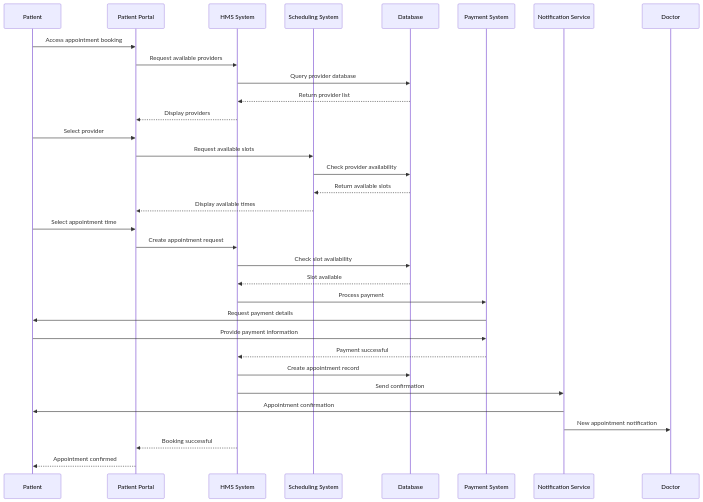
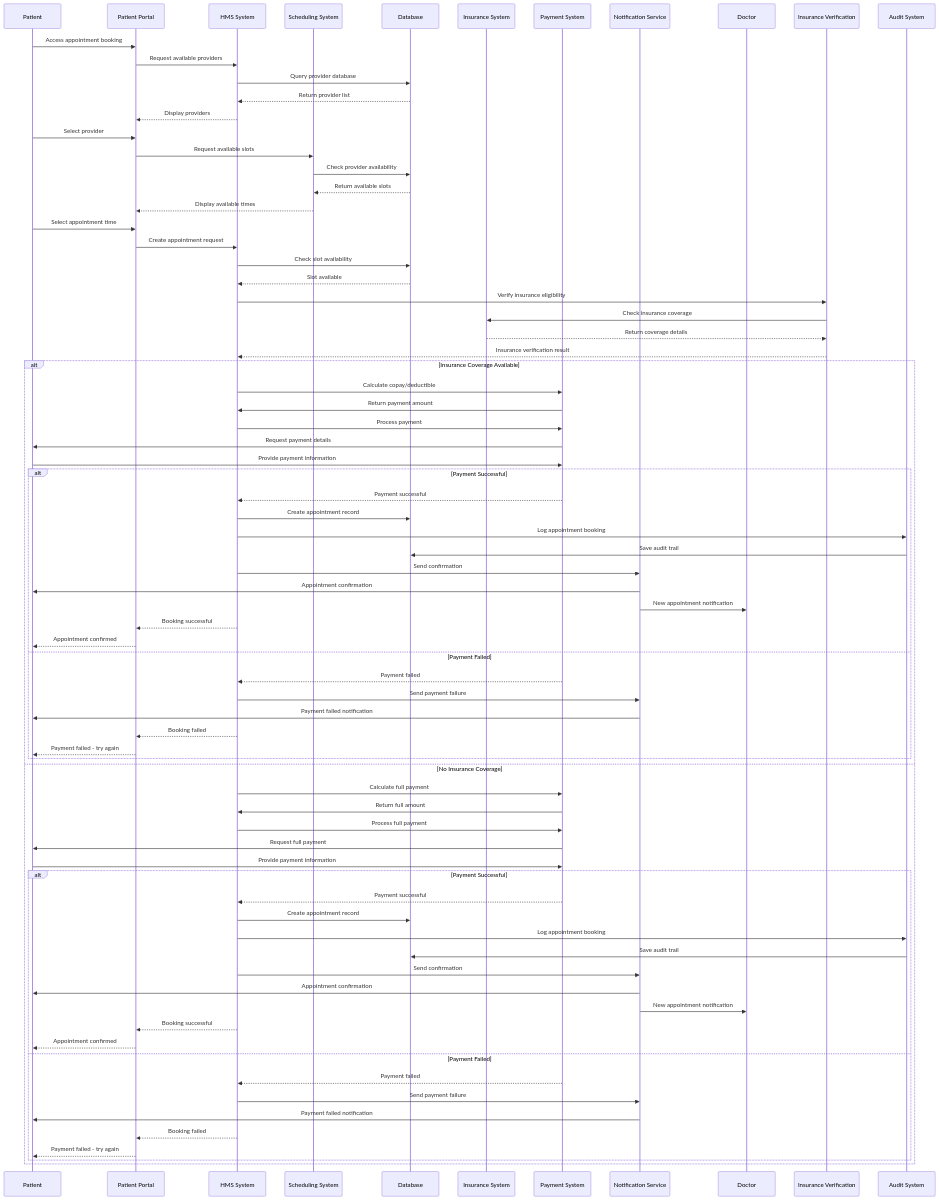
Before and after one commit to harcop/limises: the first of 11 diagrams in sequence-diagrams/appointment-scheduling-sequence.md, drawn with Mermaid. The commit also changed other lines of this file and 16 other files, not shown here.

````diff
--- a/sequence-diagrams/appointment-scheduling-sequence.md
+++ b/sequence-diagrams/appointment-scheduling-sequence.md
@@ -5,36 +5,80 @@
 ```mermaid
 sequenceDiagram
     participant P as Patient
     participant PORTAL as Patient Portal
     participant HMS as HMS System
     participant SCHED as Scheduling System
     participant DB as Database
+    participant INS as Insurance System
     participant PAY as Payment System
     participant NOT as Notification Service
     participant DR as Doctor
+    participant VERIFY as Insurance Verification
+    participant AUDIT as Audit System
 
     P->>PORTAL: Access appointment booking
     PORTAL->>HMS: Request available providers
     HMS->>DB: Query provider database
     DB-->>HMS: Return provider list
     HMS-->>PORTAL: Display providers
     P->>PORTAL: Select provider
     PORTAL->>SCHED: Request available slots
     SCHED->>DB: Check provider availability
     DB-->>SCHED: Return available slots
     SCHED-->>PORTAL: Display available times
     P->>PORTAL: Select appointment time
     PORTAL->>HMS: Create appointment request
     HMS->>DB: Check slot availability
     DB-->>HMS: Slot available
-    HMS->>PAY: Process payment
-    PAY->>P: Request payment details
-    P->>PAY: Provide payment information
-    PAY-->>HMS: Payment successful
-    HMS->>DB: Create appointment record
-    HMS->>NOT: Send confirmation
-    NOT->>P: Appointment confirmation
-    NOT->>DR: New appointment notification
-    HMS-->>PORTAL: Booking successful
-    PORTAL-->>P: Appointment confirmed
+    HMS->>VERIFY: Verify insurance eligibility
+    VERIFY->>INS: Check insurance coverage
+    INS-->>VERIFY: Return coverage details
+    VERIFY-->>HMS: Insurance verification result
+    alt Insurance Coverage Available
+        HMS->>PAY: Calculate copay/deductible
+        PAY->>HMS: Return payment amount
+        HMS->>PAY: Process payment
+        PAY->>P: Request payment details
+        P->>PAY: Provide payment information
+        alt Payment Successful
+            PAY-->>HMS: Payment successful
+            HMS->>DB: Create appointment record
+            HMS->>AUDIT: Log appointment booking
+            AUDIT->>DB: Save audit trail
+            HMS->>NOT: Send confirmation
+            NOT->>P: Appointment confirmation
+            NOT->>DR: New appointment notification
+            HMS-->>PORTAL: Booking successful
+            PORTAL-->>P: Appointment confirmed
+        else Payment Failed
+            PAY-->>HMS: Payment failed
+            HMS->>NOT: Send payment failure
+            NOT->>P: Payment failed notification
+            HMS-->>PORTAL: Booking failed
+            PORTAL-->>P: Payment failed - try again
+        end
+    else No Insurance Coverage
+        HMS->>PAY: Calculate full payment
+        PAY->>HMS: Return full amount
+        HMS->>PAY: Process full payment
+        PAY->>P: Request full payment
+        P->>PAY: Provide payment information
+        alt Payment Successful
+            PAY-->>HMS: Payment successful
+            HMS->>DB: Create appointment record
+            HMS->>AUDIT: Log appointment booking
+            AUDIT->>DB: Save audit trail
+            HMS->>NOT: Send confirmation
+            NOT->>P: Appointment confirmation
+            NOT->>DR: New appointment notification
+            HMS-->>PORTAL: Booking successful
+            PORTAL-->>P: Appointment confirmed
+        else Payment Failed
+            PAY-->>HMS: Payment failed
+            HMS->>NOT: Send payment failure
+            NOT->>P: Payment failed notification
+            HMS-->>PORTAL: Booking failed
+            PORTAL-->>P: Payment failed - try again
+        end
+    end
 ```
````
